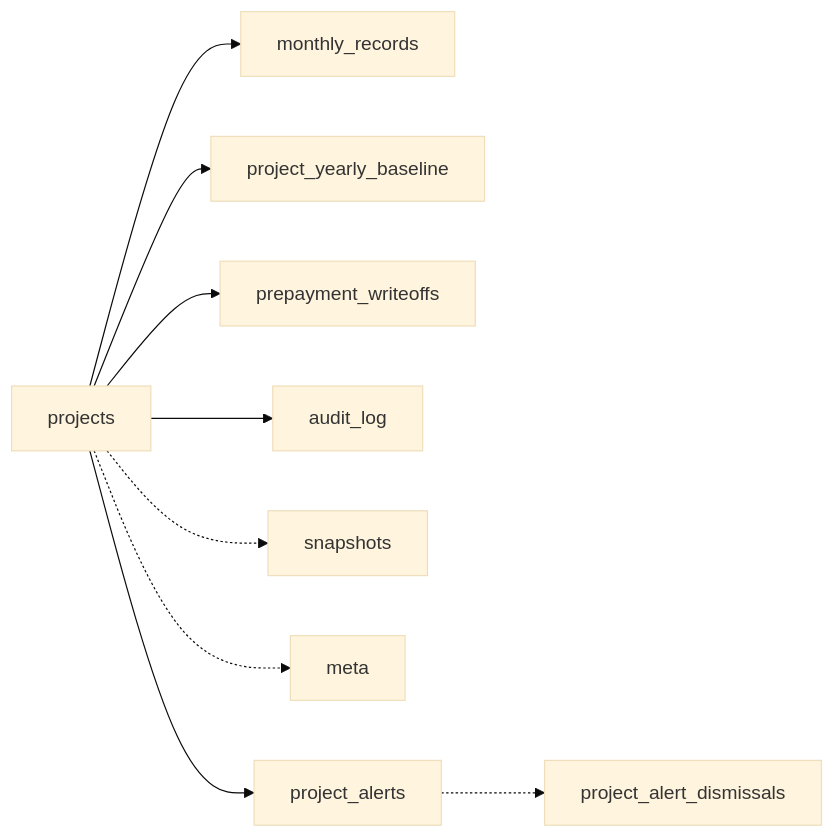
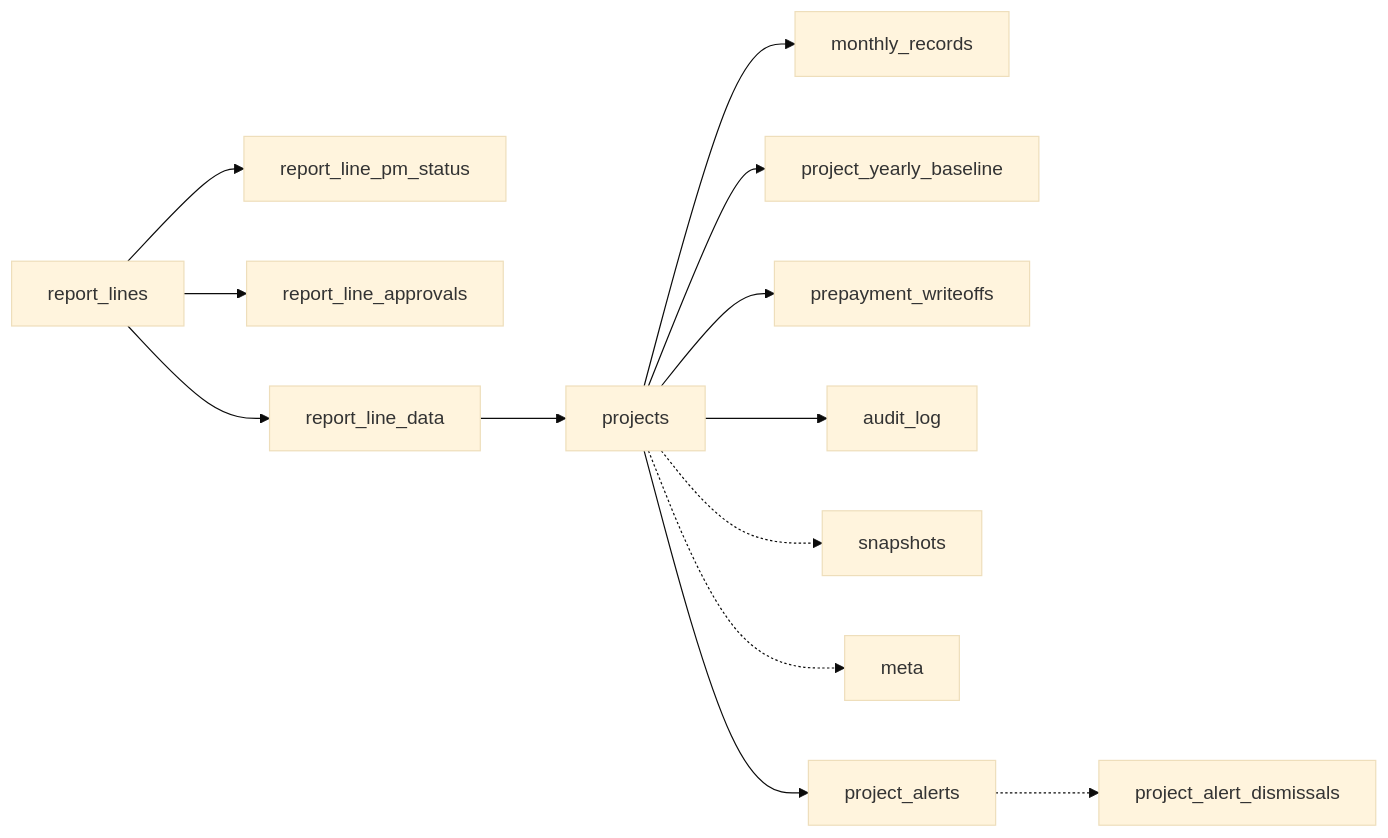
Diagram 16 of 16 in .qoder/repowiki/zh/content/数据库设计.md (marcelxu0272/202605_project-tracking-table), drawn with Mermaid (base theme) before and after one commit. The commit also changed other lines of this file and 15 other files, not shown here.

````diff
--- a/.qoder/repowiki/zh/content/数据库设计.md
+++ b/.qoder/repowiki/zh/content/数据库设计.md
@@ -584,11 +765,15 @@
 ```mermaid
 graph LR
 Projects["projects"] --> Monthly["monthly_records"]
 Projects --> Baseline["project_yearly_baseline"]
 Projects --> Writeoff["prepayment_writeoffs"]
 Projects --> Audit["audit_log"]
 Projects -.-> Snap["snapshots"]
 Projects -.-> Meta["meta"]
 Projects --> Alerts["project_alerts"]
 Alerts -.-> Dismissals["project_alert_dismissals"]
+RLines["report_lines"] --> RLPm["report_line_pm_status"]
+RLines --> RLApp["report_line_approvals"]
+RLines --> RLData["report_line_data"]
+RLData --> Projects
 ```
````
